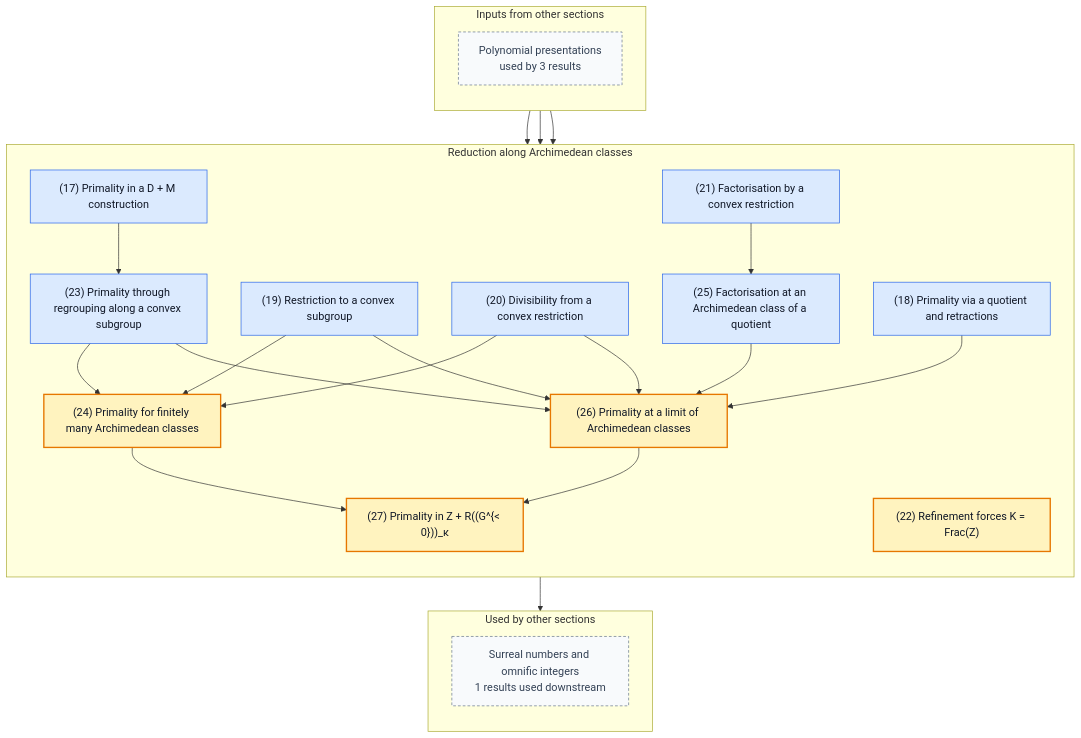
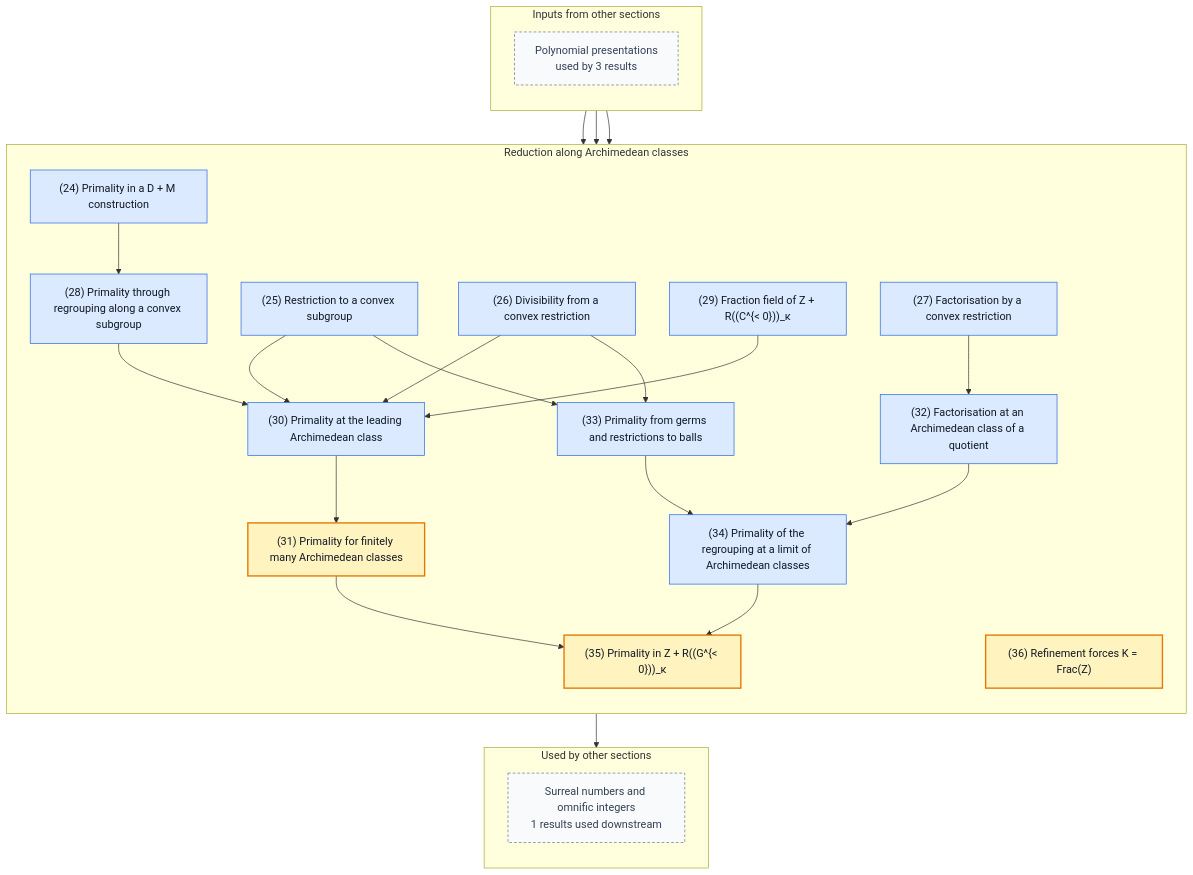
Before and after one commit to gaearon/conway-refinement: the fourth of 5 diagrams in README.md, drawn with Mermaid. The commit also changed other lines of this file and 37 other files, not shown here.

````diff
--- a/README.md
+++ b/README.md
@@ -308,64 +335,69 @@
 ```mermaid
 %% Generated by scripts/blueprint.sh; do not edit.
 %% Other sections are compressed to boundary nodes.
 %% Solid arrows are proof dependencies; dashed arrows are statement dependencies.
 flowchart TB
   subgraph inputs["Inputs from other sections"]
     direction TB
     in0["Polynomial presentations<br/>used by 3 results"]:::boundary
   end
   subgraph current["Reduction along Archimedean classes"]
     direction TB
-    n017["(17) Primality in a D + M construction"]:::lemma
-    n018["(18) Primality via a quotient and retractions"]:::lemma
-    n019["(19) Restriction to a convex subgroup"]:::lemma
-    n020["(20) Divisibility from a convex restriction"]:::lemma
-    n021["(21) Factorisation by a convex restriction"]:::lemma
-    n022["(22) Refinement forces K = Frac(Z)"]:::theorem
-    n023["(23) Primality through regrouping along a convex subgroup"]:::lemma
-    n024["(24) Primality for finitely many Archimedean classes"]:::theorem
-    n025["(25) Factorisation at an Archimedean class of a quotient"]:::lemma
-    n026["(26) Primality at a limit of Archimedean classes"]:::theorem
-    n027["(27) Primality in Z + R((G^{&lt; 0}))_κ"]:::theorem
+    n024["(24) Primality in a D + M construction"]:::lemma
+    n025["(25) Restriction to a convex subgroup"]:::lemma
+    n026["(26) Divisibility from a convex restriction"]:::lemma
+    n027["(27) Factorisation by a convex restriction"]:::lemma
+    n028["(28) Primality through regrouping along a convex subgroup"]:::lemma
+    n029["(29) Fraction field of Z + R((C^{&lt; 0}))_κ"]:::lemma
+    n030["(30) Primality at the leading Archimedean class"]:::lemma
+    n031["(31) Primality for finitely many Archimedean classes"]:::theorem
+    n032["(32) Factorisation at an Archimedean class of a quotient"]:::lemma
+    n033["(33) Primality from germs and restrictions to balls"]:::lemma
+    n034["(34) Primality of the regrouping at a limit of Archimedean classes"]:::lemma
+    n035["(35) Primality in Z + R((G^{&lt; 0}))_κ"]:::theorem
+    n036["(36) Refinement forces K = Frac(Z)"]:::theorem
   end
   subgraph outputs["Used by other sections"]
     direction TB
     out0["Surreal numbers and omnific integers<br/>1 results used downstream"]:::boundary
   end
 
-  n017 --> n023
-  n019 --> n024
-  n020 --> n024
-  n023 --> n024
-  n021 --> n025
-  n018 --> n026
-  n019 --> n026
-  n020 --> n026
-  n023 --> n026
-  n025 --> n026
-  n024 --> n027
-  n026 --> n027
-  in0 --> n022
-  in0 --> n024
-  in0 --> n026
-  n027 --> out0
-  click n017 "https://gaearon.github.io/conway-refinement/#/result/primality-in-d-plus-m" "Open the statement for lemma 17"
-  click n018 "https://gaearon.github.io/conway-refinement/#/result/primality-from-germs-and-restrictions" "Open the statement for lemma 18"
-  click n019 "https://gaearon.github.io/conway-refinement/#/result/convex-restriction-ring-hom" "Open the statement for lemma 19"
-  click n020 "https://gaearon.github.io/conway-refinement/#/result/divisibility-from-convex-restriction" "Open the statement for lemma 20"
-  click n021 "https://gaearon.github.io/conway-refinement/#/result/factorisation-by-convex-restriction" "Open the statement for lemma 21"
-  click n022 "https://gaearon.github.io/conway-refinement/#/result/refinement-forces-coefficient-fraction-field" "Open the statement for theorem 22"
-  click n023 "https://gaearon.github.io/conway-refinement/#/result/primality-through-regrouping" "Open the statement for lemma 23"
-  click n024 "https://gaearon.github.io/conway-refinement/#/result/finite-support-classes-primality" "Open the statement for theorem 24"
-  click n025 "https://gaearon.github.io/conway-refinement/#/result/support-class-factorisation" "Open the statement for lemma 25"
-  click n026 "https://gaearon.github.io/conway-refinement/#/result/limit-tail-step" "Open the statement for theorem 26"
-  click n027 "https://gaearon.github.io/conway-refinement/#/result/hahn-integer-part-primality" "Open the statement for theorem 27"
+  n024 --> n028
+  n025 --> n030
+  n026 --> n030
+  n028 --> n030
+  n029 --> n030
+  n030 --> n031
+  n027 --> n032
+  n025 --> n033
+  n026 --> n033
+  n032 --> n034
+  n033 --> n034
+  n031 --> n035
+  n034 --> n035
+  in0 --> n030
+  in0 --> n033
+  in0 --> n036
+  n035 --> out0
+  click n024 "https://gaearon.github.io/conway-refinement/#/result/primality-in-d-plus-m" "Open the statement for lemma 24"
+  click n025 "https://gaearon.github.io/conway-refinement/#/result/convex-restriction-ring-hom" "Open the statement for lemma 25"
+  click n026 "https://gaearon.github.io/conway-refinement/#/result/divisibility-from-convex-restriction" "Open the statement for lemma 26"
+  click n027 "https://gaearon.github.io/conway-refinement/#/result/factorisation-by-convex-restriction" "Open the statement for lemma 27"
+  click n028 "https://gaearon.github.io/conway-refinement/#/result/primality-through-regrouping" "Open the statement for lemma 28"
+  click n029 "https://gaearon.github.io/conway-refinement/#/result/fraction-field-from-cofinality" "Open the statement for lemma 29"
+  click n030 "https://gaearon.github.io/conway-refinement/#/result/primality-at-leading-class" "Open the statement for lemma 30"
+  click n031 "https://gaearon.github.io/conway-refinement/#/result/finite-support-classes-primality" "Open the statement for theorem 31"
+  click n032 "https://gaearon.github.io/conway-refinement/#/result/support-class-factorisation" "Open the statement for lemma 32"
+  click n033 "https://gaearon.github.io/conway-refinement/#/result/primality-from-germs" "Open the statement for lemma 33"
+  click n034 "https://gaearon.github.io/conway-refinement/#/result/regrouped-primality-at-limit" "Open the statement for lemma 34"
+  click n035 "https://gaearon.github.io/conway-refinement/#/result/hahn-integer-part-primality" "Open the statement for theorem 35"
+  click n036 "https://gaearon.github.io/conway-refinement/#/result/refinement-forces-coefficient-fraction-field" "Open the statement for theorem 36"
 
   classDef theorem fill:#fff3bf,stroke:#e67700,stroke-width:2px,color:#111827
   classDef definition fill:#f3f4f6,stroke:#4b5563,color:#111827
   classDef lemma fill:#dbeafe,stroke:#2563eb,color:#111827
   classDef proposition fill:#ede9fe,stroke:#7c3aed,color:#111827
   classDef corollary fill:#dcfce7,stroke:#16a34a,color:#111827
   classDef fact fill:#fce7f3,stroke:#db2777,color:#111827
   classDef boundary fill:#f8fafc,stroke:#64748b,stroke-dasharray:4 3,color:#334155
 ```
````
